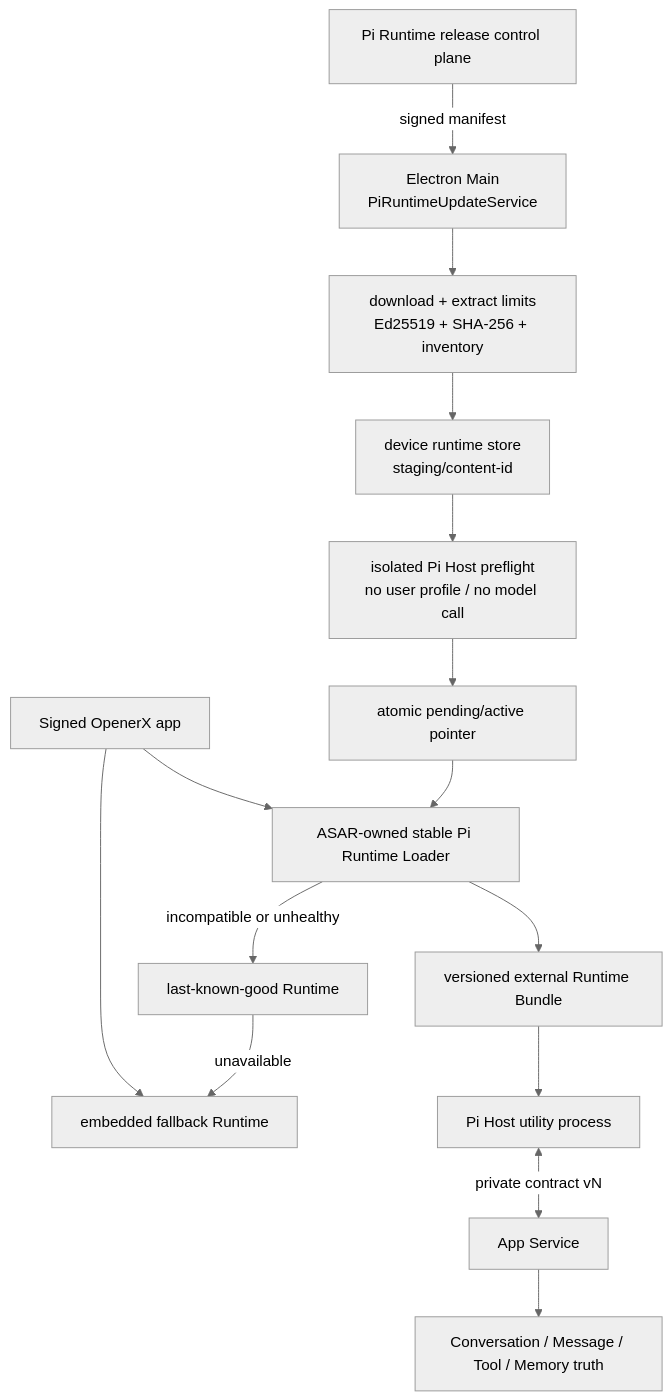
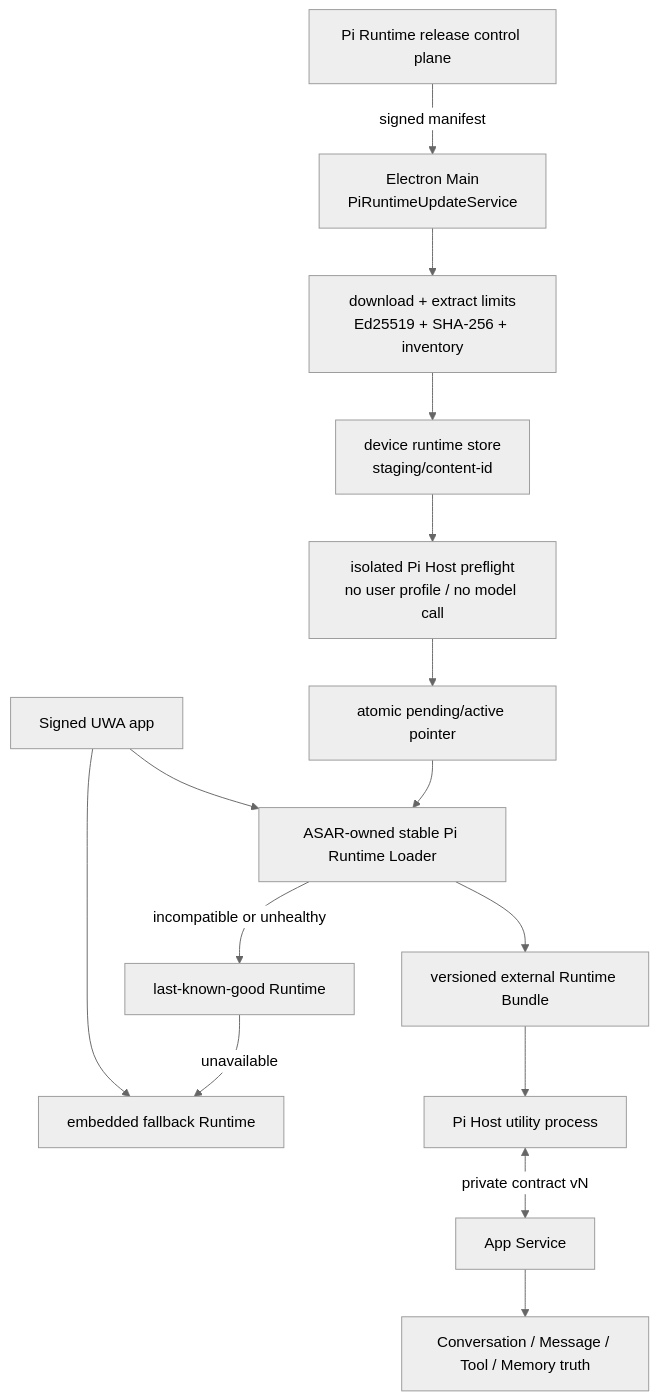
One commit to openerserver/openerx changed the first of 2 diagrams in docs/v2/25-pi-runtime-remote-update-plan.md. Above: the diagram before and after it, drawn with Mermaid (neutral theme). The commit also changed other lines of this file and 118 other files, not shown here.

Commit message:
feat: rebrand OpenerX as UWA

````diff
--- a/docs/v2/25-pi-runtime-remote-update-plan.md
+++ b/docs/v2/25-pi-runtime-remote-update-plan.md
@@ -96,19 +96,19 @@
 ```mermaid
 flowchart TD
   CONTROL[Pi Runtime release control plane] -->|signed manifest| MAIN[Electron Main\nPiRuntimeUpdateService]
   MAIN --> VERIFY[download + extract limits\nEd25519 + SHA-256 + inventory]
   VERIFY --> STAGE[device runtime store\nstaging/content-id]
   STAGE --> PREFLIGHT[isolated Pi Host preflight\nno user profile / no model call]
   PREFLIGHT --> POINTER[atomic pending/active pointer]
 
-  APP[Signed OpenerX app] --> LOADER[ASAR-owned stable Pi Runtime Loader]
+  APP[Signed UWA app] --> LOADER[ASAR-owned stable Pi Runtime Loader]
   APP --> EMBEDDED[embedded fallback Runtime]
   POINTER --> LOADER
   LOADER --> EXTERNAL[versioned external Runtime Bundle]
   LOADER -->|incompatible or unhealthy| LKG[last-known-good Runtime]
   LKG -->|unavailable| EMBEDDED
 
   EXTERNAL --> HOST[Pi Host utility process]
   HOST <-->|private contract vN| SERVICE[App Service]
   SERVICE --> DATA[Conversation / Message / Tool / Memory truth]
 ```
````
